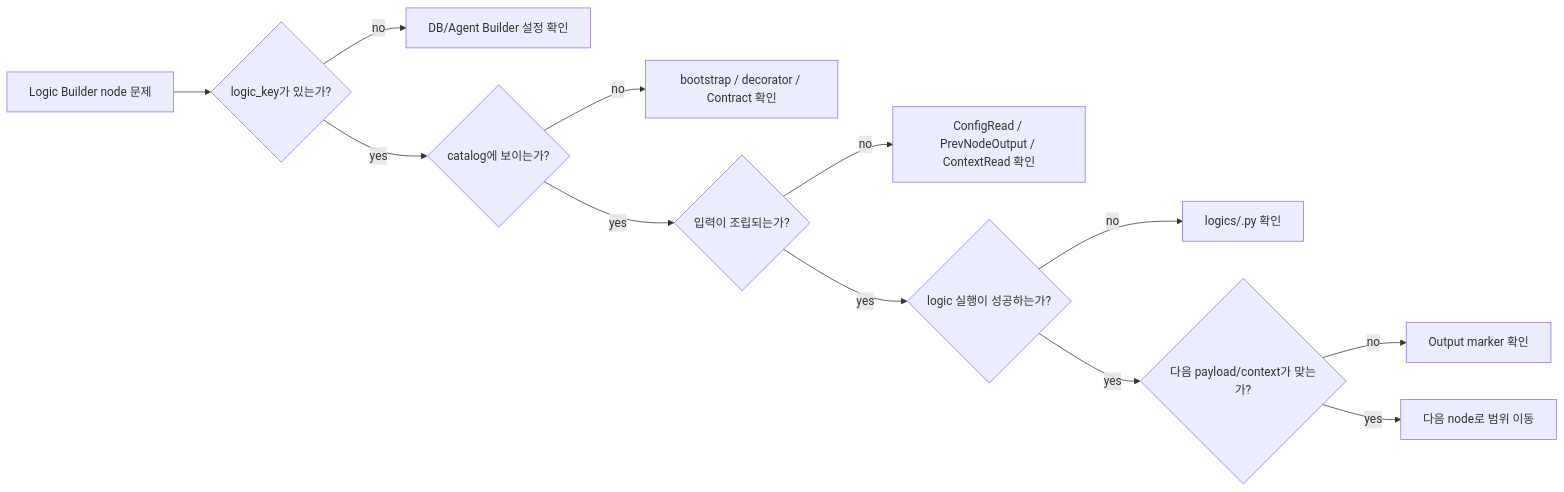
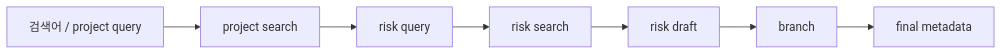
Diagram 16 of 16 in README.md (djoo-lgcns/dotfiles), drawn with Mermaid before and after one commit. The commit also changed other lines of this file, not shown here.

````diff
--- a/README.md
+++ b/README.md
@@ -226,14 +683,9 @@
 ```mermaid
 flowchart LR
-  A["Logic Builder node 문제"] --> B{"logic_key가 있는가?"}
-  B -->|no| B1["DB/Agent Builder 설정 확인"]
-  B -->|yes| C{"catalog에 보이는가?"}
-  C -->|no| C1["bootstrap / decorator / Contract 확인"]
-  C -->|yes| D{"입력이 조립되는가?"}
-  D -->|no| D1["ConfigRead / PrevNodeOutput / ContextRead 확인"]
-  D -->|yes| E{"logic 실행이 성공하는가?"}
-  E -->|no| E1["logics/<logic>.py 확인"]
-  E -->|yes| F{"다음 payload/context가 맞는가?"}
-  F -->|no| F1["Output marker 확인"]
-  F -->|yes| G["다음 node로 범위 이동"]
+  A["검색어 / project query"] --> B["project search"]
+  B --> C["risk query"]
+  C --> D["risk search"]
+  D --> E["risk draft"]
+  E --> F["branch"]
+  F --> G["final metadata"]
 ```
````
